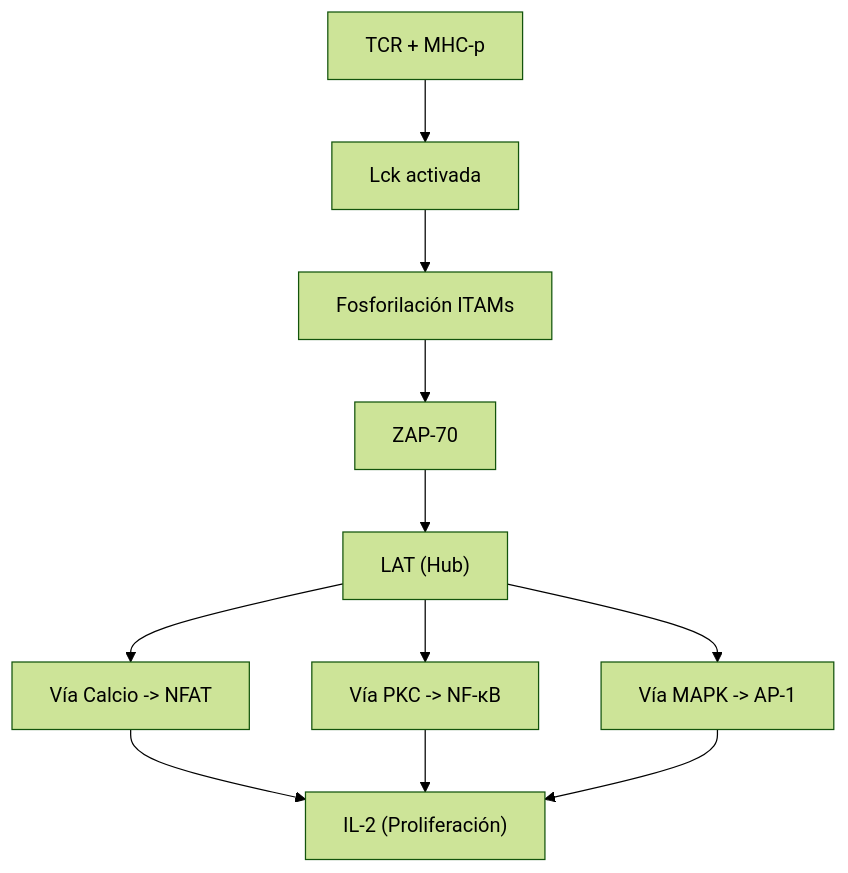
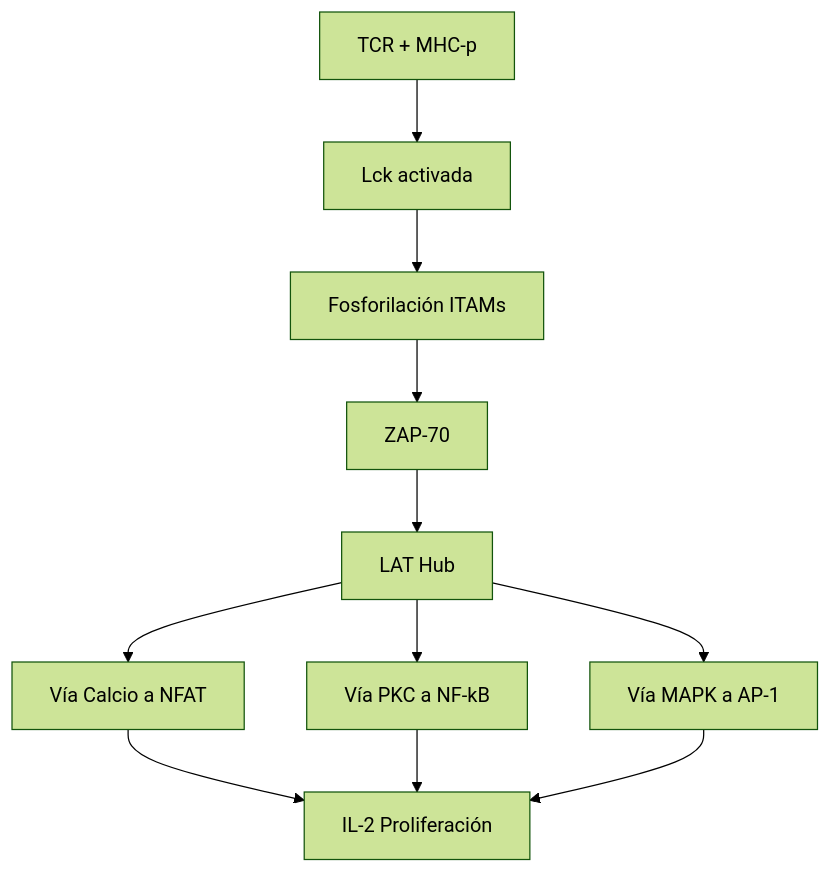
Before and after one commit to SrFuego/srfuego.github.io: the third of 4 diagrams in content/Microbiologia/00_Microbiologia_Inmunologia_MOC.md, drawn with Mermaid (forest theme). The commit also changed other lines of this file, not shown here.

````diff
--- a/content/Microbiologia/00_Microbiologia_Inmunologia_MOC.md
+++ b/content/Microbiologia/00_Microbiologia_Inmunologia_MOC.md
@@ -147,15 +101,15 @@
 ```mermaid
 graph TD
     TCR["TCR + MHC-p"] --> Lck["Lck activada"]
     Lck --> ITAMs["Fosforilación ITAMs"]
     ITAMs --> ZAP70["ZAP-70"]
-    ZAP70 --> LAT["LAT (Hub)"]
+    ZAP70 --> LAT["LAT Hub"]
     
-    LAT --> NFAT["Vía Calcio -> NFAT"]
-    LAT --> NFkB["Vía PKC -> NF-κB"]
-    LAT --> AP1["Vía MAPK -> AP-1"]
+    LAT --> NFAT["Vía Calcio a NFAT"]
+    LAT --> NFkB["Vía PKC a NF-kB"]
+    LAT --> AP1["Vía MAPK a AP-1"]
     
-    NFAT --> IL2["IL-2 (Proliferación)"]
+    NFAT --> IL2["IL-2 Proliferación"]
     NFkB --> IL2
     AP1 --> IL2
 ```
````
